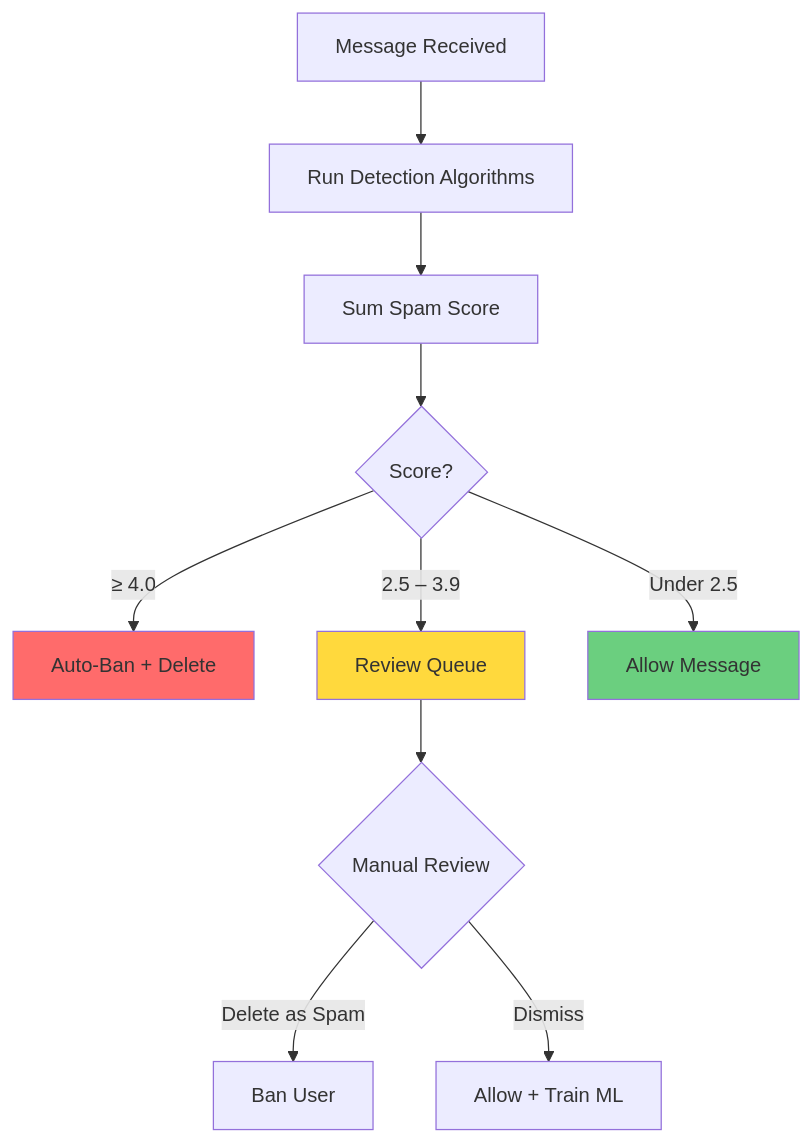
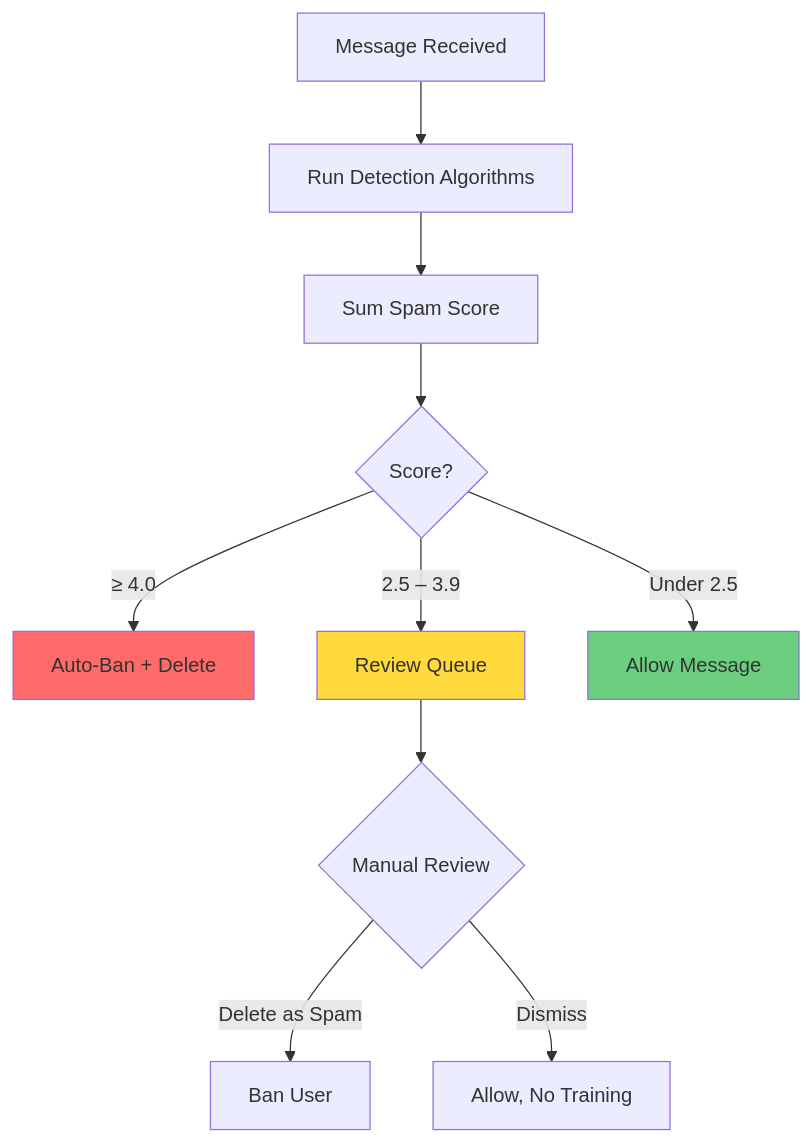
The second of 2 diagrams in TelegramGroupsAdmin/Docs/getting-started/02-first-configuration.md (musicislife08/TelegramGroupsAdmin), drawn with Mermaid before and after one commit. The commit also changed other lines of this file and 18 other files, not shown here.

````diff
--- a/TelegramGroupsAdmin/Docs/getting-started/02-first-configuration.md
+++ b/TelegramGroupsAdmin/Docs/getting-started/02-first-configuration.md
@@ -337,17 +336,17 @@
 ```mermaid
 flowchart TD
     A[Message Received] --> B[Run Detection Algorithms]
     B --> C[Sum Spam Score]
     C --> D{Score?}
     D -->|≥ 4.0| E[Auto-Ban + Delete]
     D -->|2.5 – 3.9| F[Review Queue]
     D -->|Under 2.5| G[Allow Message]
 
     F --> H{Manual Review}
     H -->|Delete as Spam| I[Ban User]
-    H -->|Dismiss| J[Allow + Train ML]
+    H -->|Dismiss| J[Allow, No Training]
 
     style E fill:#ff6b6b
     style F fill:#ffd93d
     style G fill:#6bcf7f
 ```
````
